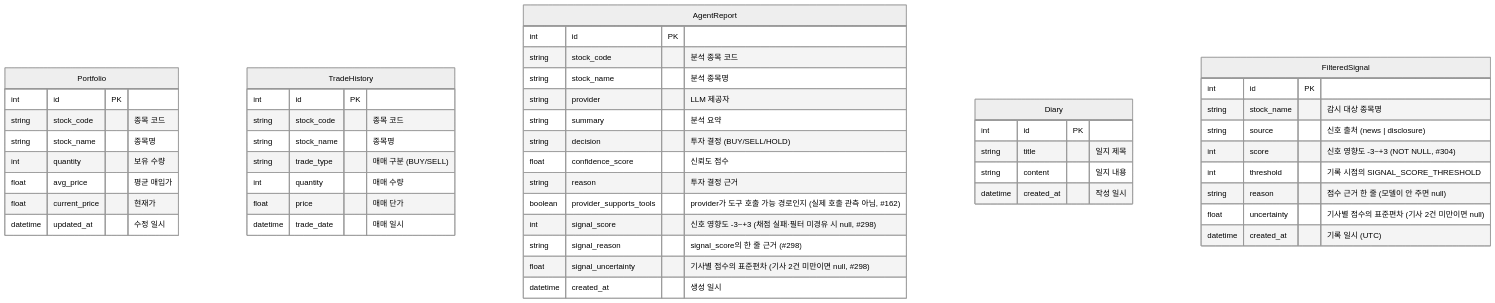
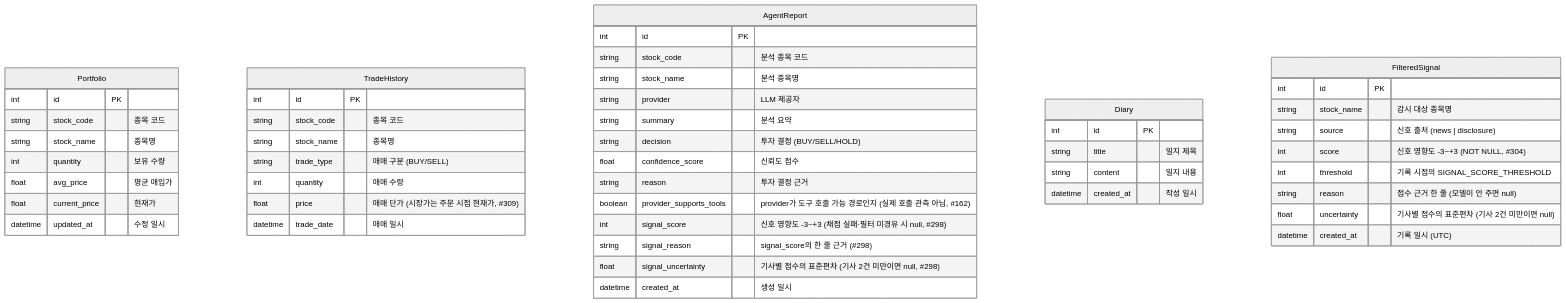
The diagram in backend/schema_docs.md (FIN-US/fin-us), drawn with Mermaid (neutral theme) before and after one commit. The commit also changed other lines of this file and 6 other files, not shown here.

````diff
--- a/backend/schema_docs.md
+++ b/backend/schema_docs.md
@@ -7,52 +7,52 @@
 ```mermaid
 erDiagram
     Portfolio {
         int id PK
         string stock_code "종목 코드"
         string stock_name "종목명"
         int quantity "보유 수량"
         float avg_price "평균 매입가"
         float current_price "현재가"
         datetime updated_at "수정 일시"
     }
     TradeHistory {
         int id PK
         string stock_code "종목 코드"
         string stock_name "종목명"
         string trade_type "매매 구분 (BUY/SELL)"
         int quantity "매매 수량"
-        float price "매매 단가"
+        float price "매매 단가 (시장가는 주문 시점 현재가, #309)"
         datetime trade_date "매매 일시"
     }
     AgentReport {
         int id PK
         string stock_code "분석 종목 코드"
         string stock_name "분석 종목명"
         string provider "LLM 제공자"
         string summary "분석 요약"
         string decision "투자 결정 (BUY/SELL/HOLD)"
         float confidence_score "신뢰도 점수"
         string reason "투자 결정 근거"
         boolean provider_supports_tools "provider가 도구 호출 가능 경로인지 (실제 호출 관측 아님, #162)"
         int signal_score "신호 영향도 -3~+3 (채점 실패·필터 미경유 시 null, #298)"
         string signal_reason "signal_score의 한 줄 근거 (#298)"
         float signal_uncertainty "기사별 점수의 표준편차 (기사 2건 미만이면 null, #298)"
         datetime created_at "생성 일시"
     }
     Diary {
         int id PK
         string title "일지 제목"
         string content "일지 내용"
         datetime created_at "작성 일시"
     }
     FilteredSignal {
         int id PK
         string stock_name "감시 대상 종목명"
         string source "신호 출처 (news | disclosure)"
         int score "신호 영향도 -3~+3 (NOT NULL, #304)"
         int threshold "기록 시점의 SIGNAL_SCORE_THRESHOLD"
         string reason "점수 근거 한 줄 (모델이 안 주면 null)"
         float uncertainty "기사별 점수의 표준편차 (기사 2건 미만이면 null)"
         datetime created_at "기록 일시 (UTC)"
     }
 ```
````
